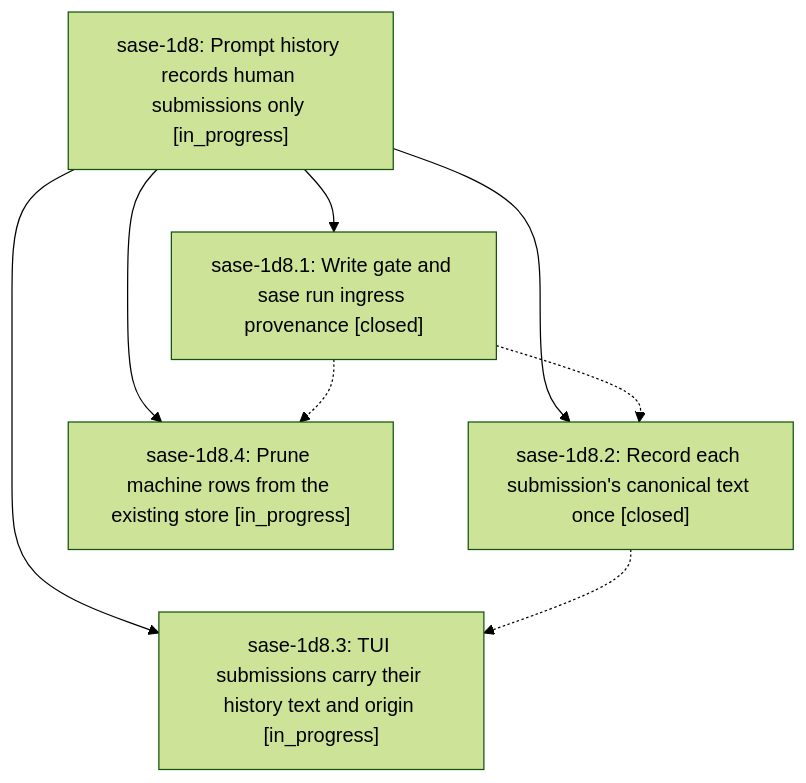
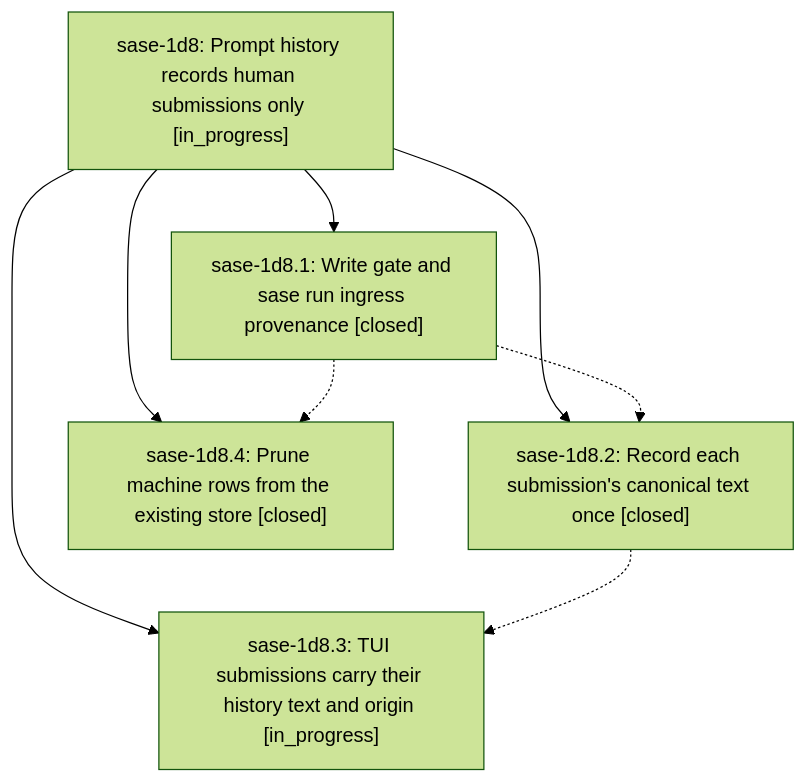
Before and after one commit to sase-org/sase--beads: the diagram in pages/sase-1d8/README.md, drawn with Mermaid (forest theme). The commit also changed other lines of this file and 4 other files, not shown here.

````diff
--- a/pages/sase-1d8/README.md
+++ b/pages/sase-1d8/README.md
@@ -25,15 +25,15 @@
 ```mermaid
 flowchart TD
     n0["sase-1d8: Prompt history records human submissions only [in_progress]"]
     n1["sase-1d8.1: Write gate and sase run ingress provenance [closed]"]
     n2["sase-1d8.2: Record each submission's canonical text once [closed]"]
     n3["sase-1d8.3: TUI submissions carry their history text and origin [in_progress]"]
-    n4["sase-1d8.4: Prune machine rows from the existing store [in_progress]"]
+    n4["sase-1d8.4: Prune machine rows from the existing store [closed]"]
     n0 --> n1
     n0 --> n2
     n0 --> n3
     n0 --> n4
     n1 -.-> n2
     n1 -.-> n4
     n2 -.-> n3
 ```
````
